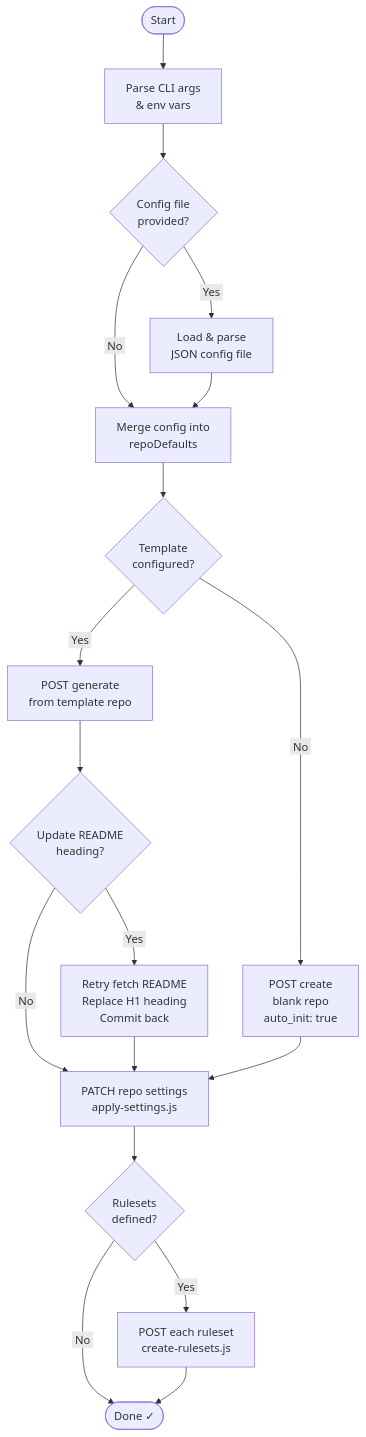
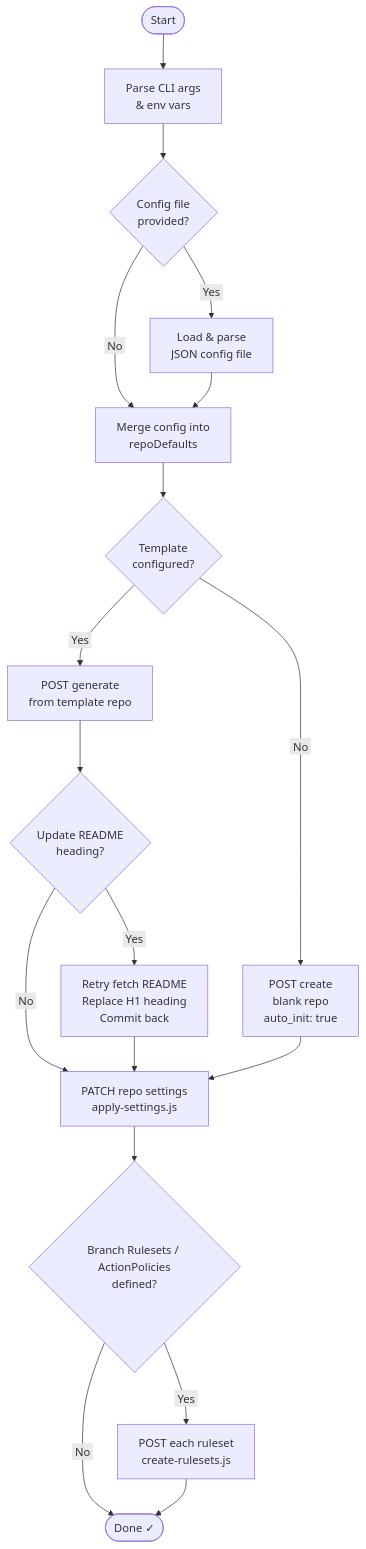
Before and after one commit to stairwaytowonderland/repository-create: the diagram in README.md, drawn with Mermaid. The commit also changed other lines of this file and 2 other files, not shown here.

````diff
--- a/README.md
+++ b/README.md
@@ -304,23 +307,23 @@
 ```mermaid
 flowchart TD
     A([Start]) --> B[Parse CLI args<br>& env vars]
     B --> C{Config file<br>provided?}
     C -- "&nbsp;Yes&nbsp;" --> D[Load & parse<br>JSON config file]
     C -- "&nbsp;No&nbsp;" --> E
     D --> E[Merge config into<br>repoDefaults]
     E --> F{Template<br>configured?}
 
     F -- "&nbsp;Yes&nbsp;" --> G[POST generate<br>from template repo]
     G --> H{Update README<br>heading?}
     H -- "&nbsp;Yes&nbsp;" --> I[Retry fetch README<br>Replace H1 heading<br>Commit back]
     H -- "&nbsp;No&nbsp;" --> J
     I --> J[PATCH repo settings<br>apply-settings.js]
 
     F -- "&nbsp;No&nbsp;" --> K[POST create<br>blank repo<br>auto_init: true]
     K --> J
 
-    J --> L{Rulesets<br>defined?}
+    J --> L{Branch&nbsp;Rulesets / ActionPolicies<br>defined?}
     L -- "&nbsp;Yes&nbsp;" --> M[POST each ruleset<br>create-rulesets.js]
     L -- "&nbsp;No&nbsp;" --> N
     M --> N([Done ✓])
 ```
````
